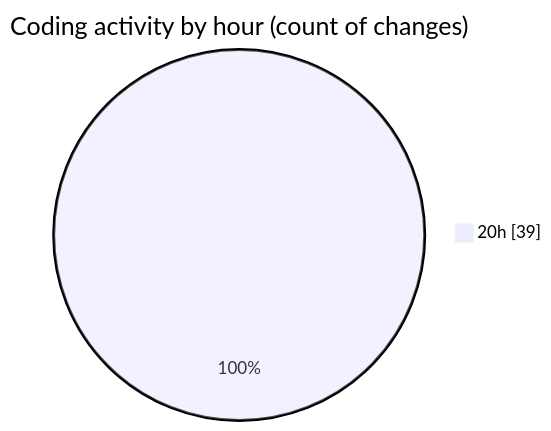
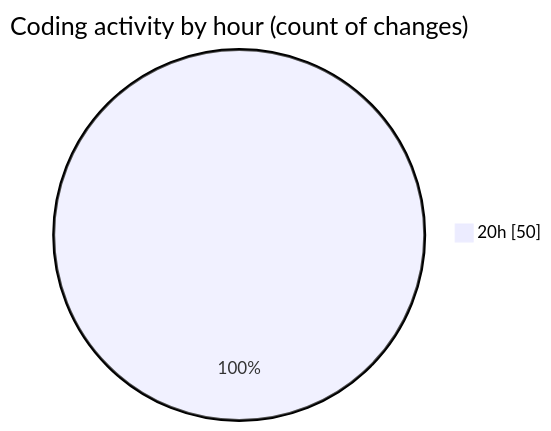
The second of 2 diagrams in 2025-05-08/date/README.md (Netris89/code-tracking), drawn with Mermaid before and after one commit. The commit also changed other lines of this file and 1 other file, not shown here.

````diff
--- a/2025-05-08/date/README.md
+++ b/2025-05-08/date/README.md
@@ -32,5 +32,5 @@
 ```mermaid
 pie showData
 title Coding activity by hour (count of changes)
-"20h" : 39
+"20h" : 50
 ```
````
